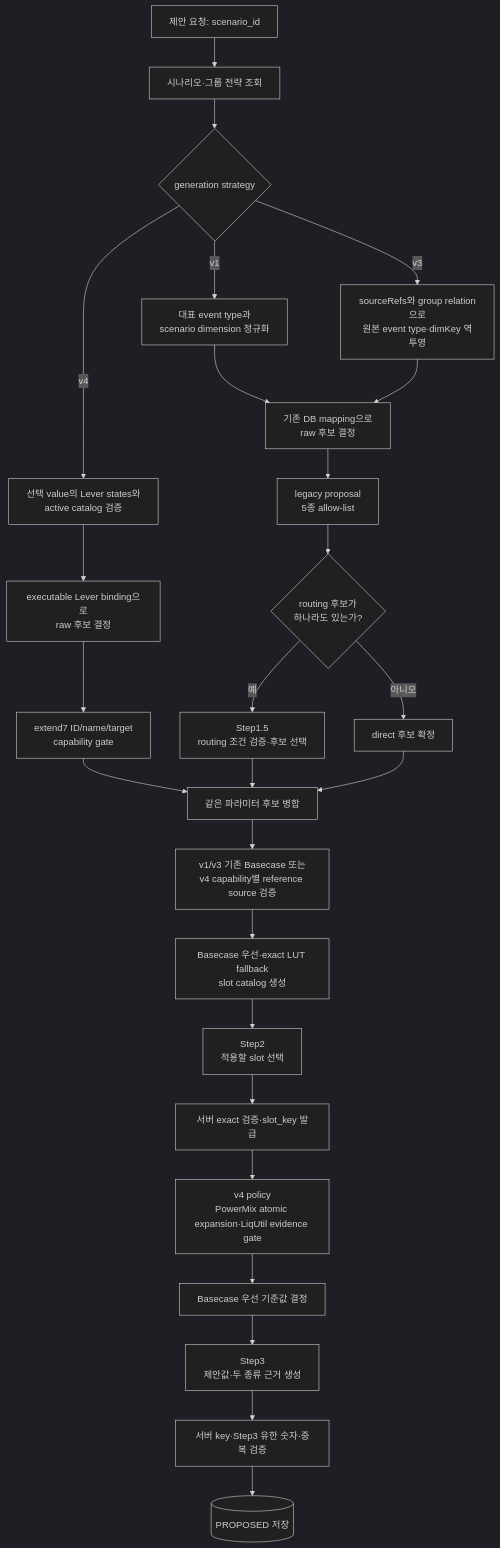
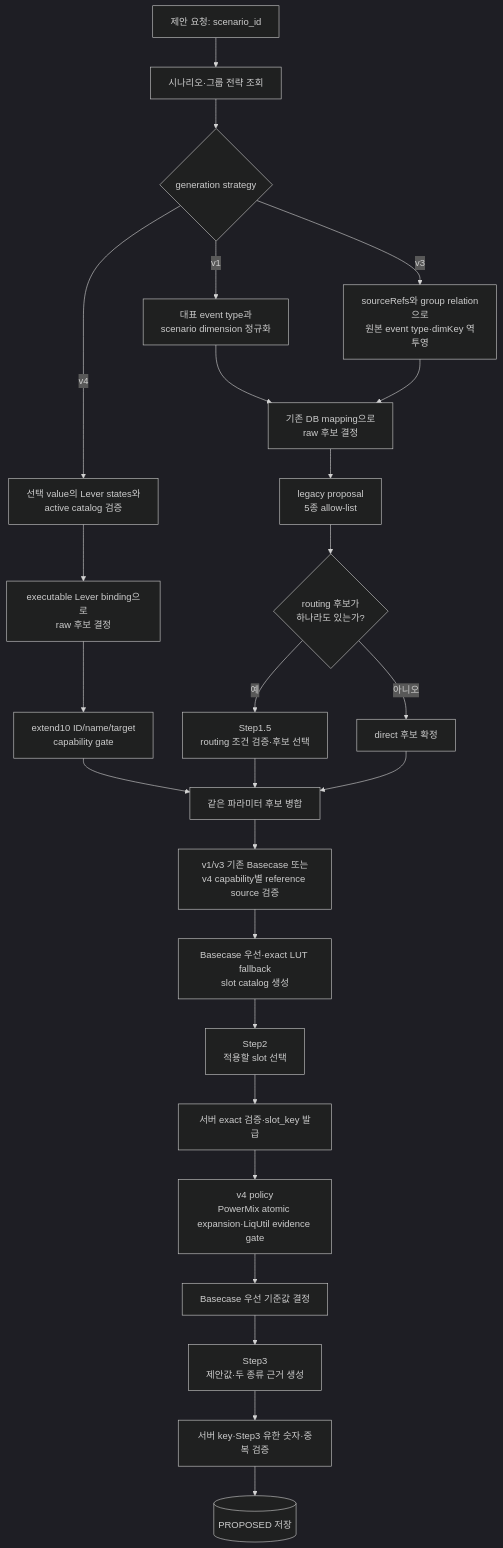
One commit to enkhbaatarL/skmip-mi-agent changed the first of 4 diagrams in docs/agents/model_parameter_agent/04_MODEL_PARAMETER_AGENT_FLOW.md. Above: the diagram before and after it, drawn with Mermaid (dark theme). The commit also changed other lines of this file and 26 other files, not shown here.

````diff
--- a/docs/agents/model_parameter_agent/04_MODEL_PARAMETER_AGENT_FLOW.md
+++ b/docs/agents/model_parameter_agent/04_MODEL_PARAMETER_AGENT_FLOW.md
@@ -48,28 +48,28 @@
 ```mermaid
 flowchart TD
     A[제안 요청: scenario_id] --> B[시나리오·그룹 전략 조회]
     B --> V{generation strategy}
     V -- v1 --> C1[대표 event type과\nscenario dimension 정규화]
     V -- v3 --> C2[sourceRefs와 group relation으로\n원본 event type·dimKey 역투영]
     V -- v4 --> C3[선택 value의 Lever states와\nactive catalog 검증]
     C1 --> C[기존 DB mapping으로\nraw 후보 결정]
     C2 --> C
     C3 --> C4[executable Lever binding으로\nraw 후보 결정]
     C --> R1[legacy proposal\n5종 allow-list]
-    C4 --> R4[extend7 ID/name/target\ncapability gate]
+    C4 --> R4[extend10 ID/name/target\ncapability gate]
     R1 --> D{routing 후보가<br/>하나라도 있는가?}
     R4 --> G
     D -- 예 --> E[Step1.5<br/>routing 조건 검증·후보 선택]
     D -- 아니오 --> F[direct 후보 확정]
     E --> G[같은 파라미터 후보 병합]
     F --> G
     G --> H[v1/v3 기존 Basecase 또는<br/>v4 capability별 reference source 검증]
     H --> H2[Basecase 우선·exact LUT fallback<br/>slot catalog 생성]
     H2 --> I[Step2<br/>적용할 slot 선택]
     I --> J[서버 exact 검증·slot_key 발급]
     J --> P[v4 policy<br/>PowerMix atomic expansion·LiqUtil evidence gate]
     P --> K[Basecase 우선 기준값 결정]
     K --> L[Step3<br/>제안값·두 종류 근거 생성]
     L --> M[서버 key·Step3 유한 숫자·중복 검증]
     M --> N[(PROPOSED 저장)]
 ```
````
